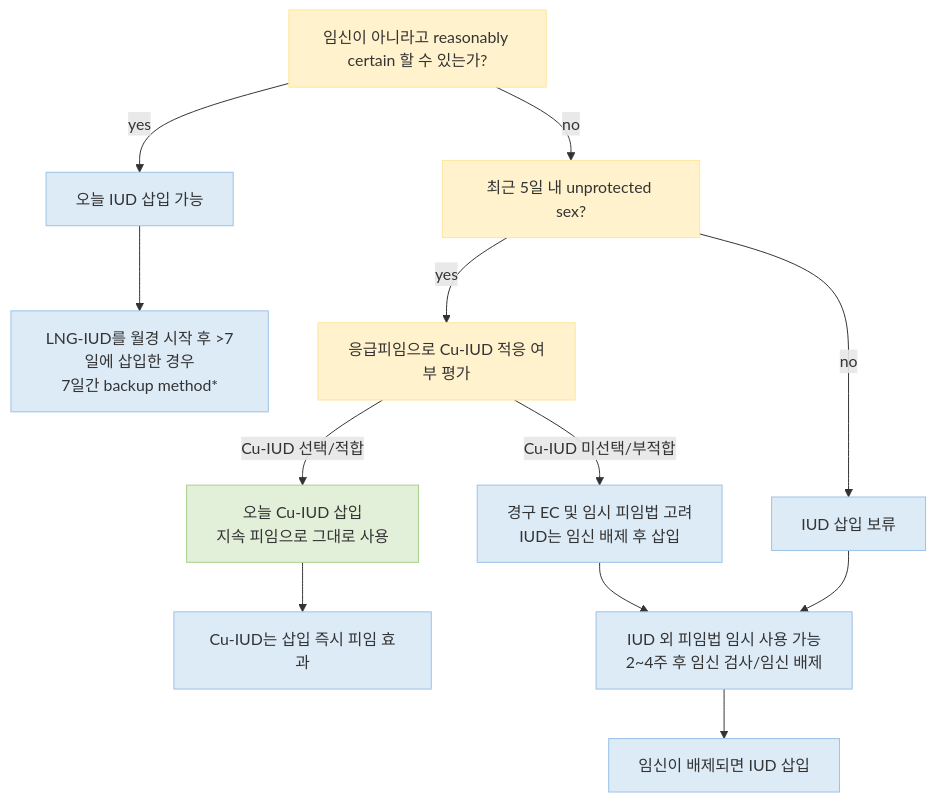
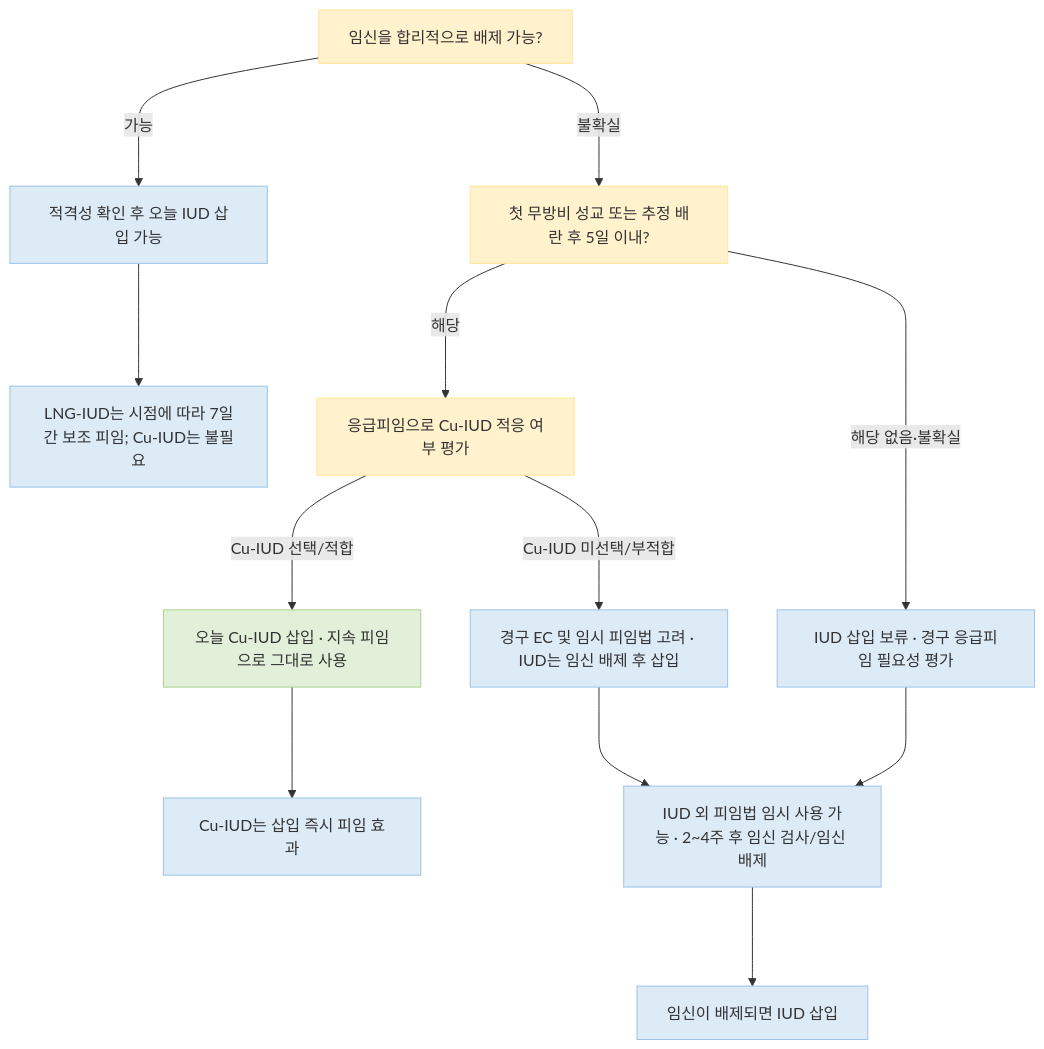
Before and after one commit to familyoh77/familyoh77: the second of 2 diagrams in 227_/131_-contraception.md, drawn with Mermaid. The commit also changed other lines of this file and 3 other files, not shown here.

````diff
--- a/227_/131_-contraception.md
+++ b/227_/131_-contraception.md
@@ -216,28 +225,28 @@
 ```mermaid
 flowchart TD
-    A["임신이 아니라고 reasonably certain 할 수 있는가?"]
+    A["임신을 합리적으로 배제 가능?"]
 
-    A -- "yes" --> B["오늘 IUD 삽입 가능"]
-    A -- "no" --> C["최근 5일 내 unprotected sex?"]
+    A -- "가능" ---> B["적격성 확인 후 오늘 IUD 삽입 가능"]
+    A -- "불확실" ---> C["첫 무방비 성교 또는 추정 배란 후 5일 이내?"]
 
-    C -- "yes" --> D["응급피임으로 Cu-IUD 적응 여부 평가"]
-    C -- "no" --> E["IUD 삽입 보류"]
+    C -- "해당" ---> D["응급피임으로 Cu-IUD 적응 여부 평가"]
+    C -- "해당 없음·불확실" ---> E["IUD 삽입 보류 · 경구 응급피임 필요성 평가"]
 
-    D -- "Cu-IUD 선택/적합" --> F["오늘 Cu-IUD 삽입<br>지속 피임으로 그대로 사용"]
-    D -- "Cu-IUD 미선택/부적합" --> G["경구 EC 및 임시 피임법 고려<br>IUD는 임신 배제 후 삽입"]
+    D -- "Cu-IUD 선택/적합" ---> F["오늘 Cu-IUD 삽입 · 지속 피임으로 그대로 사용"]
+    D -- "Cu-IUD 미선택/부적합" ---> G["경구 EC 및 임시 피임법 고려 · IUD는 임신 배제 후 삽입"]
 
-    E --> H["IUD 외 피임법 임시 사용 가능<br>2~4주 후 임신 검사/임신 배제"]
-    G --> H
-    H --> I["임신이 배제되면 IUD 삽입"]
+    E ---> H["IUD 외 피임법 임시 사용 가능 · 2~4주 후 임신 검사/임신 배제"]
+    G ---> H
+    H ---> I["임신이 배제되면 IUD 삽입"]
 
-    B --> J["LNG-IUD를 월경 시작 후 >7일에 삽입한 경우<br>7일간 backup method*"]
-    F --> K["Cu-IUD는 삽입 즉시 피임 효과"]
+    B ---> J["LNG-IUD는 시점에 따라 7일간 보조 피임; Cu-IUD는 불필요"]
+    F ---> K["Cu-IUD는 삽입 즉시 피임 효과"]
 
     classDef yellow fill:#FFF2CC,stroke:#FFE699,color:#333
     classDef green fill:#E2F0D9,stroke:#A9D08E,color:#333
     classDef blue fill:#DDEBF7,stroke:#9BC2E6,color:#333
 
     class A,C,D yellow
     class F green
     class B,E,G,H,I,J,K blue
 ```
````
